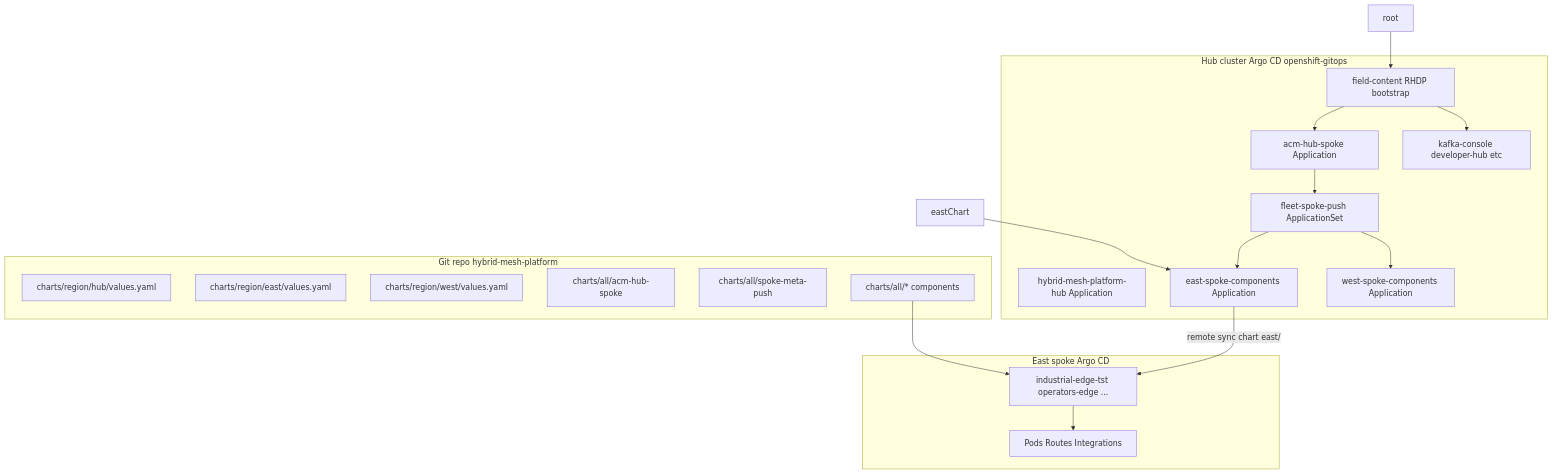
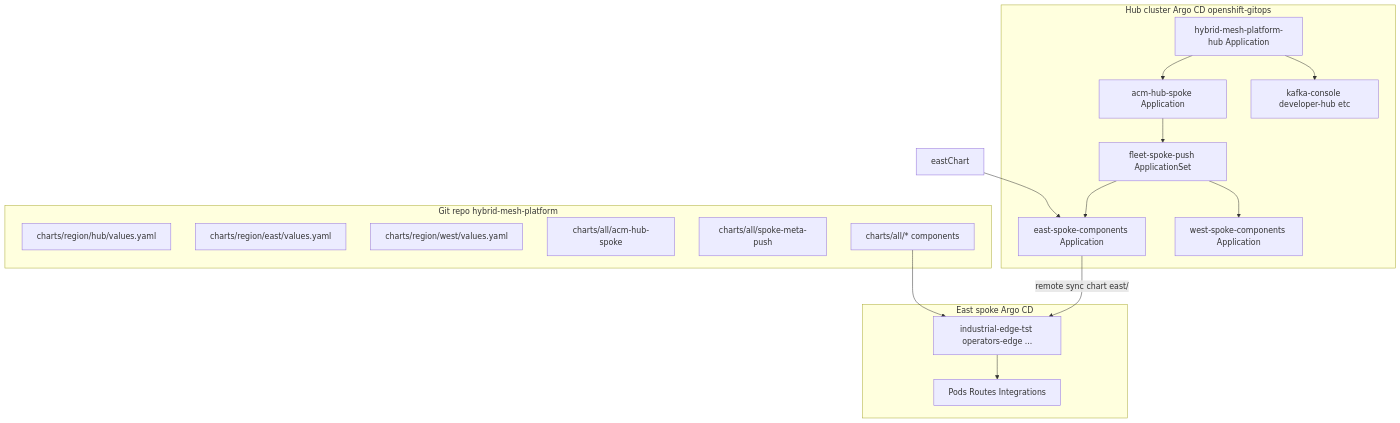
One commit to maximilianoPizarro/hybrid-mesh-platform changed the diagram in docs/validatedpatterns-docs/gitops-deployment-chain.md. Above: the diagram before and after it, drawn with Mermaid. The commit also changed other lines of this file and 22 other files, not shown here.

````diff
--- a/docs/validatedpatterns-docs/gitops-deployment-chain.md
+++ b/docs/validatedpatterns-docs/gitops-deployment-chain.md
@@ -15,37 +15,35 @@
 ```mermaid
 flowchart TB
   subgraph git [Git repo hybrid-mesh-platform]
     hubRegion[charts/region/hub/values.yaml]
     eastRegion[charts/region/east/values.yaml]
     westRegion[charts/region/west/values.yaml]
     acmChart[charts/all/acm-hub-spoke]
     spokePush[charts/all/spoke-meta-push]
     components[charts/all/* components]
   end
 
   subgraph hubCluster [Hub cluster Argo CD openshift-gitops]
-    rootApp[field-content RHDP bootstrap]
     cgApp[hybrid-mesh-platform-hub Application]
     acmApp[acm-hub-spoke Application]
     appSet[fleet-spoke-push ApplicationSet]
     eastParent[east-spoke-components Application]
     westParent[west-spoke-components Application]
     hubApps[kafka-console developer-hub etc]
   end
 
   subgraph eastCluster [East spoke Argo CD]
     eastChild[industrial-edge-tst operators-edge ...]
     eastWorkloads[Pods Routes Integrations]
   end
 
-  root --> rootApp
-  rootApp --> acmApp
-  rootApp --> hubApps
+  cgApp --> acmApp
+  cgApp --> hubApps
   acmApp --> appSet
   appSet --> eastParent
   appSet --> westParent
   eastParent -->|remote sync chart east/| eastChild
   eastChild --> eastWorkloads
   eastChart --> eastParent
   components --> eastChild
 ```
````
